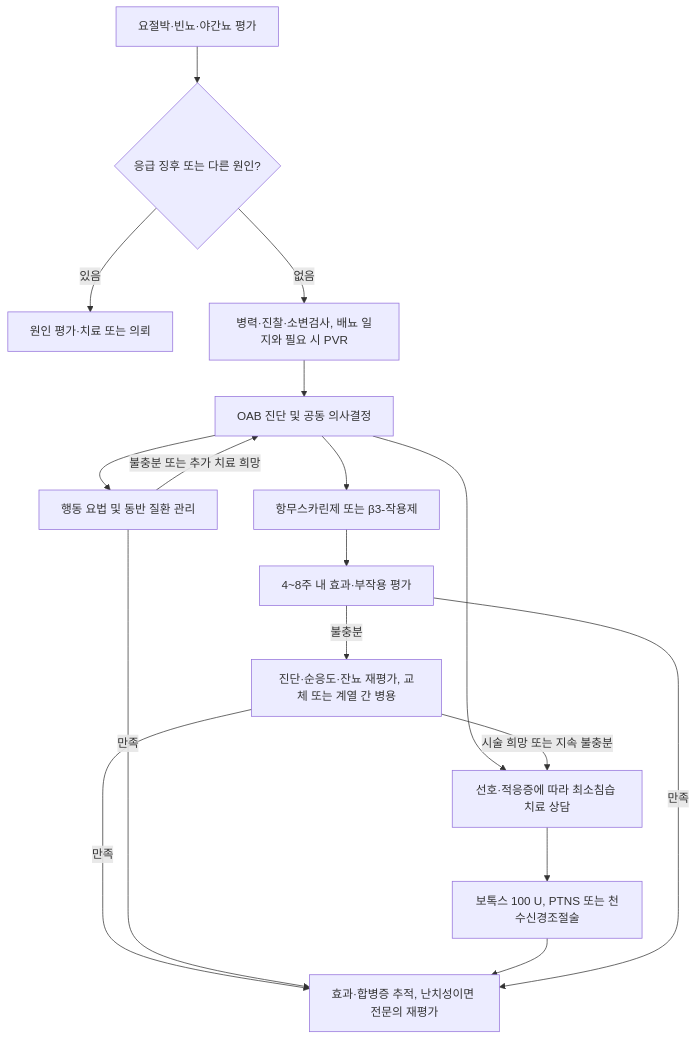
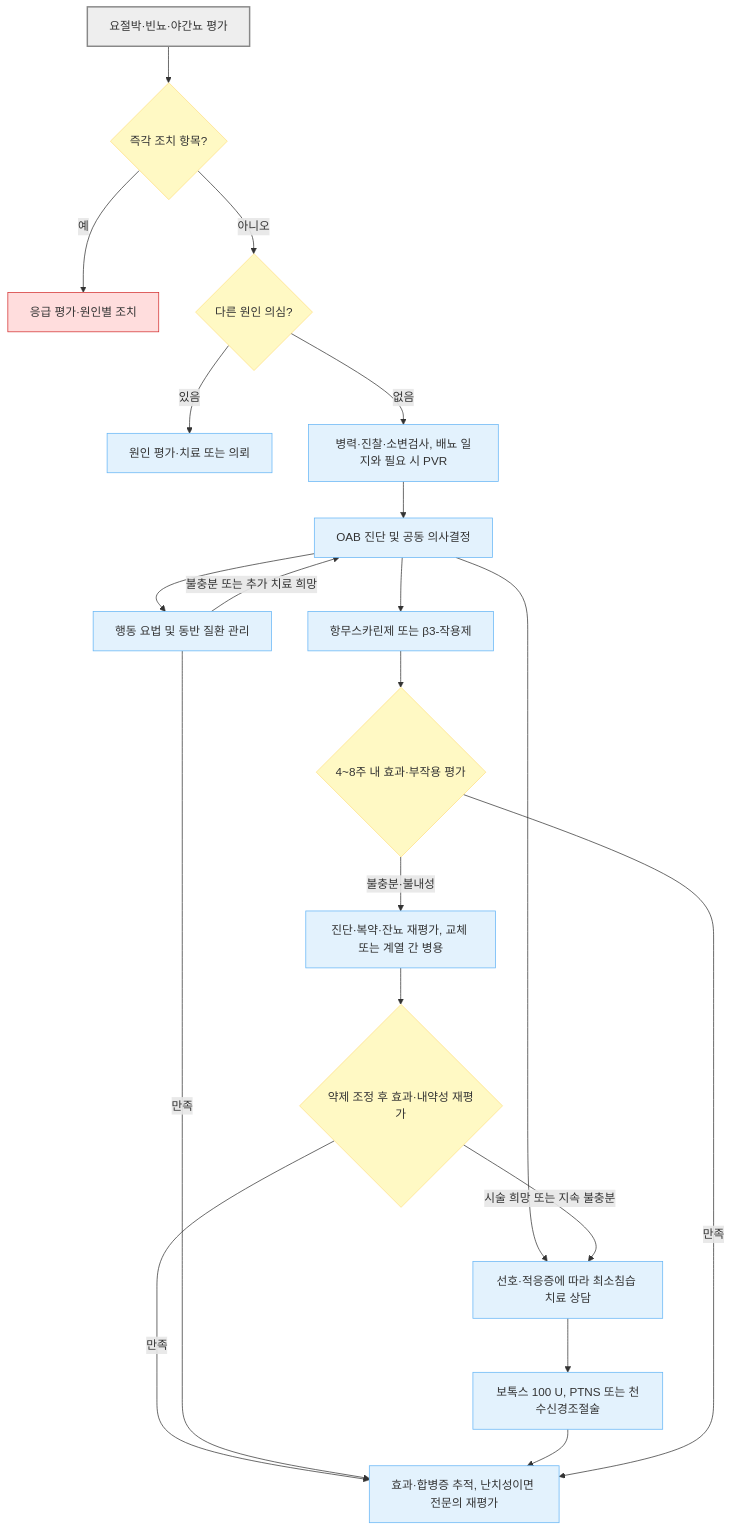
Before and after one commit to familyoh77/familyoh77: the diagram in 227_/126_-overactive-bladder-oab.md, drawn with Mermaid. The commit also changed other lines of this file and 10 other files, not shown here.

````diff
--- a/227_/126_-overactive-bladder-oab.md
+++ b/227_/126_-overactive-bladder-oab.md
@@ -119,19 +119,30 @@
 ```mermaid
 flowchart TD
-    A["요절박·빈뇨·야간뇨 평가"] --> B{"응급 징후 또는 다른 원인?"}
-    B -->|"있음"| C["원인 평가·치료 또는 의뢰"]
-    B -->|"없음"| D["병력·진찰·소변검사, 배뇨 일지와 필요 시 PVR"]
+    A["요절박·빈뇨·야간뇨 평가"] --> M{"즉각 조치 항목?"}
+    M -- "예" --> N["응급 평가·원인별 조치"]
+    M -- "아니오" --> B{"다른 원인 의심?"}
+    B -- "있음" --> C["원인 평가·치료 또는 의뢰"]
+    B -- "없음" --> D["병력·진찰·소변검사, 배뇨 일지와 필요 시 PVR"]
     D --> E["OAB 진단 및 공동 의사결정"]
     E --> F["행동 요법 및 동반 질환 관리"]
     E --> G["항무스카린제 또는 β3-작용제"]
     E --> H["선호·적응증에 따라 최소침습 치료 상담"]
-    G --> I["4~8주 내 효과·부작용 평가"]
-    I -->|"불충분"| J["진단·순응도·잔뇨 재평가, 교체 또는 계열 간 병용"]
-    J -->|"시술 희망 또는 지속 불충분"| H
-    J -->|"만족"| L
-    F -->|"불충분 또는 추가 치료 희망"| E
-    F -->|"만족"| L
+    G --> I{"4~8주 내 효과·부작용 평가"}
+    I -- "불충분·불내성" --> Adjust["진단·복약·잔뇨 재평가, 교체 또는 계열 간 병용"]
+    Adjust --> J{"약제 조정 후 효과·내약성 재평가"}
+    J -- "시술 희망 또는 지속 불충분" --> H
+    J -- "만족" --> L
+    F -- "불충분 또는 추가 치료 희망" --> E
+    F -- "만족" --> L
     H --> K["보톡스 100 U, PTNS 또는 천수신경조절술"]
     K --> L["효과·합병증 추적, 난치성이면 전문의 재평가"]
-    I -->|"만족"| L
+    I -- "만족" --> L
+    classDef start fill:#eeeeee,stroke:#888888,stroke-width:2px
+    classDef question fill:#fff9c4,stroke:#ffe082
+    classDef emergency fill:#ffdddd,stroke:#d32f2f
+    classDef care fill:#e3f2fd,stroke:#64b5f6
+    class A start
+    class B,M,I,J question
+    class N emergency
+    class C,D,E,F,G,H,K,L,Adjust care
 ```
````
